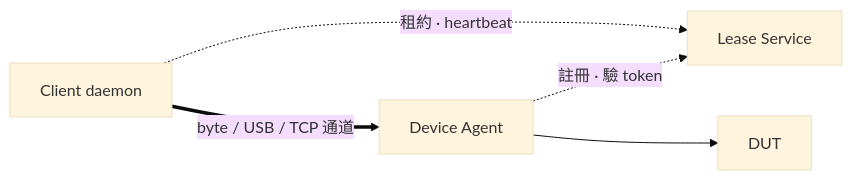
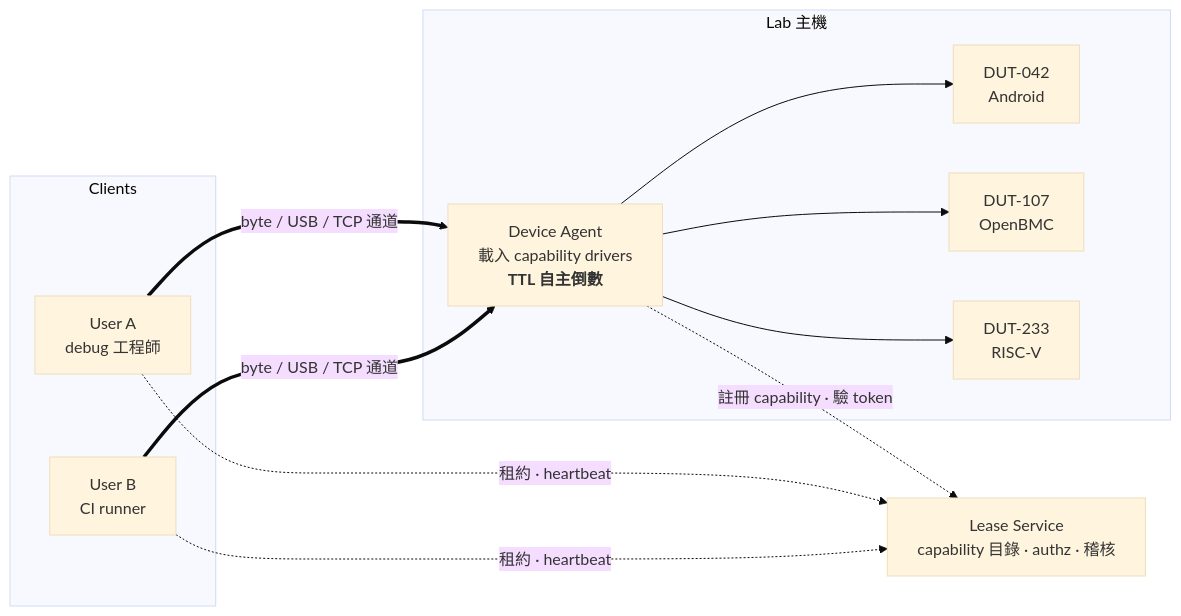
The second of 4 diagrams in docs/BMC/device-lease-design.md (alanhc/til), drawn with Mermaid (base theme) before and after one commit. The commit also changed other lines of this file and 10 other files, not shown here.

First line of the commit message:
docs: 新增 Tegra BSP 學習地圖、擴寫設備租約設計；agent 指引整併到 AGENTS.md

````diff
--- a/docs/BMC/device-lease-design.md
+++ b/docs/BMC/device-lease-design.md
@@ -42,7 +111,26 @@
 ```mermaid
 flowchart LR
-    C["Client daemon"] -.->|"租約 · heartbeat"| LS["Lease Service"]
-    AG["Device Agent"] -.->|"註冊 · 驗 token"| LS
-    C ==>|"byte / USB / TCP 通道"| AG
-    AG --> DUT["DUT"]
+    subgraph clients["Clients"]
+        A["User A<br/>debug 工程師"]
+        B["User B<br/>CI runner"]
+    end
+
+    LS["Lease Service<br/>capability 目錄 · authz · 稽核"]
+
+    subgraph lab["Lab 主機"]
+        AG["Device Agent<br/>載入 capability drivers<br/><b>TTL 自主倒數</b>"]
+        D1["DUT-042<br/>Android"]
+        D2["DUT-107<br/>OpenBMC"]
+        D3["DUT-233<br/>RISC-V"]
+    end
+
+    A -.->|"租約 · heartbeat"| LS
+    B -.->|"租約 · heartbeat"| LS
+    AG -.->|"註冊 capability · 驗 token"| LS
+
+    A ==>|"byte / USB / TCP 通道"| AG
+    B ==>|"byte / USB / TCP 通道"| AG
+    AG --> D1
+    AG --> D2
+    AG --> D3
 ```
````
